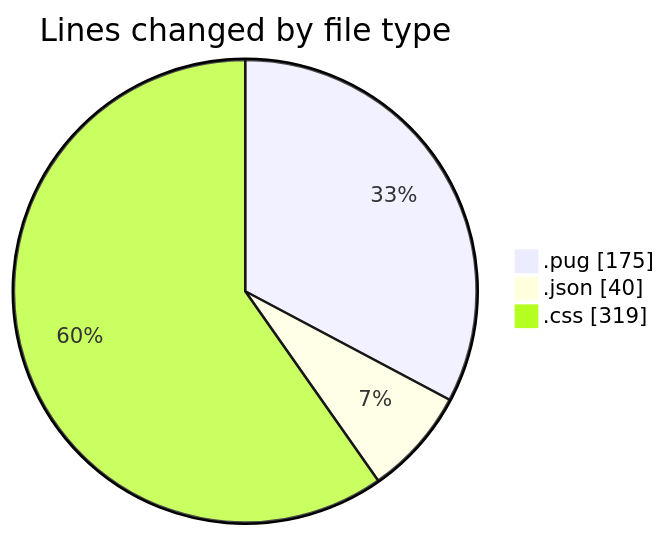
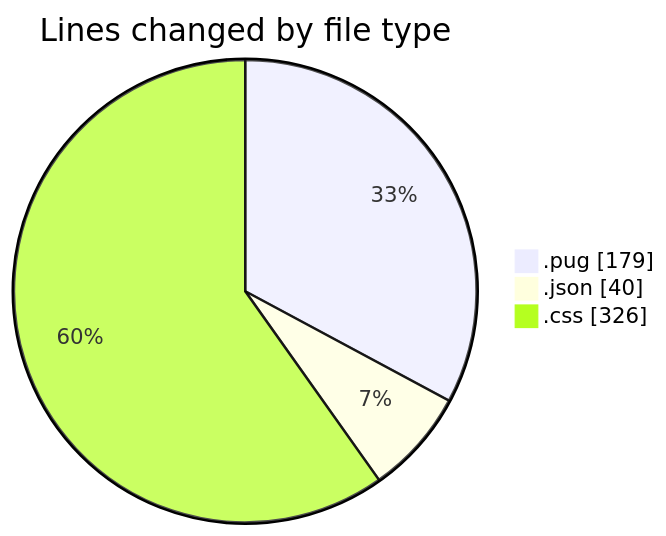
One commit to momahboobian/code-tracking changed the first of 2 diagrams in 2025-11-03/cda/README.md. Above: the diagram before and after it, drawn with Mermaid. The commit also changed other lines of this file and 1 other file, not shown here.

````diff
--- a/2025-11-03/cda/README.md
+++ b/2025-11-03/cda/README.md
@@ -22,7 +22,7 @@
 ```mermaid
 pie showData
 title Lines changed by file type
-".pug" : 175
+".pug" : 179
 ".json" : 40
-".css" : 319
+".css" : 326
 ```
````
